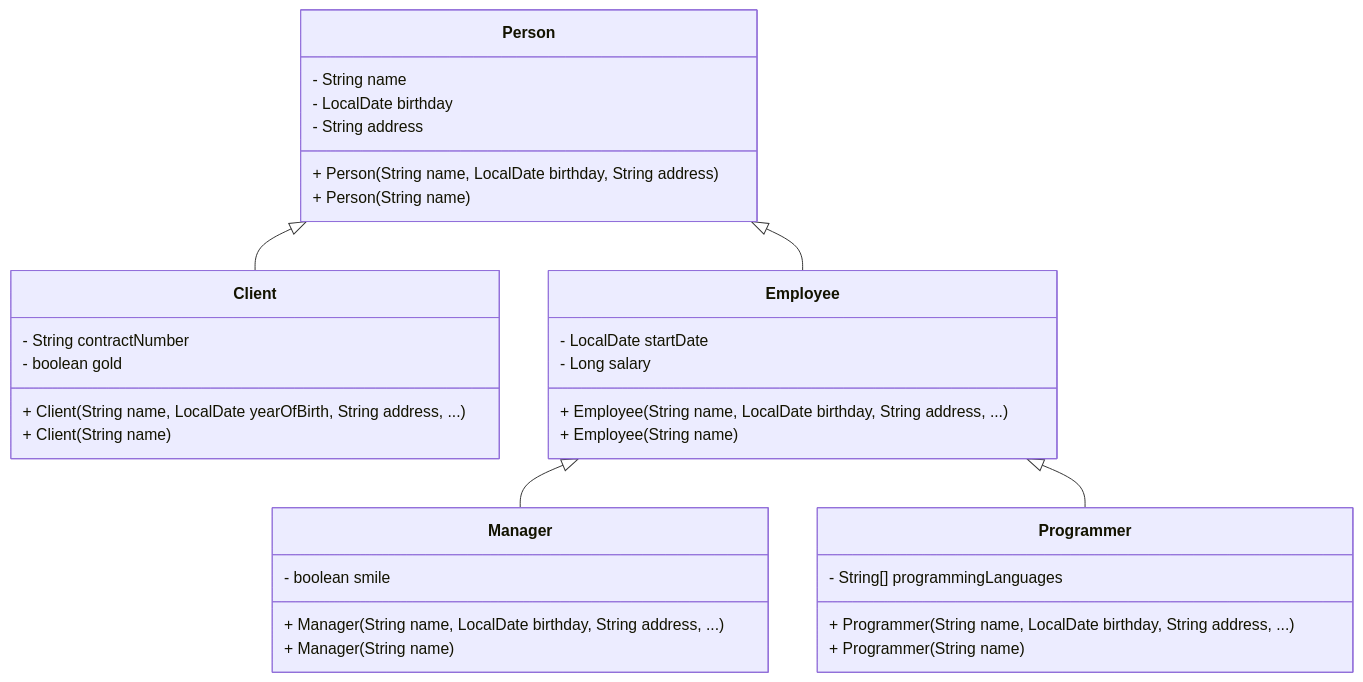
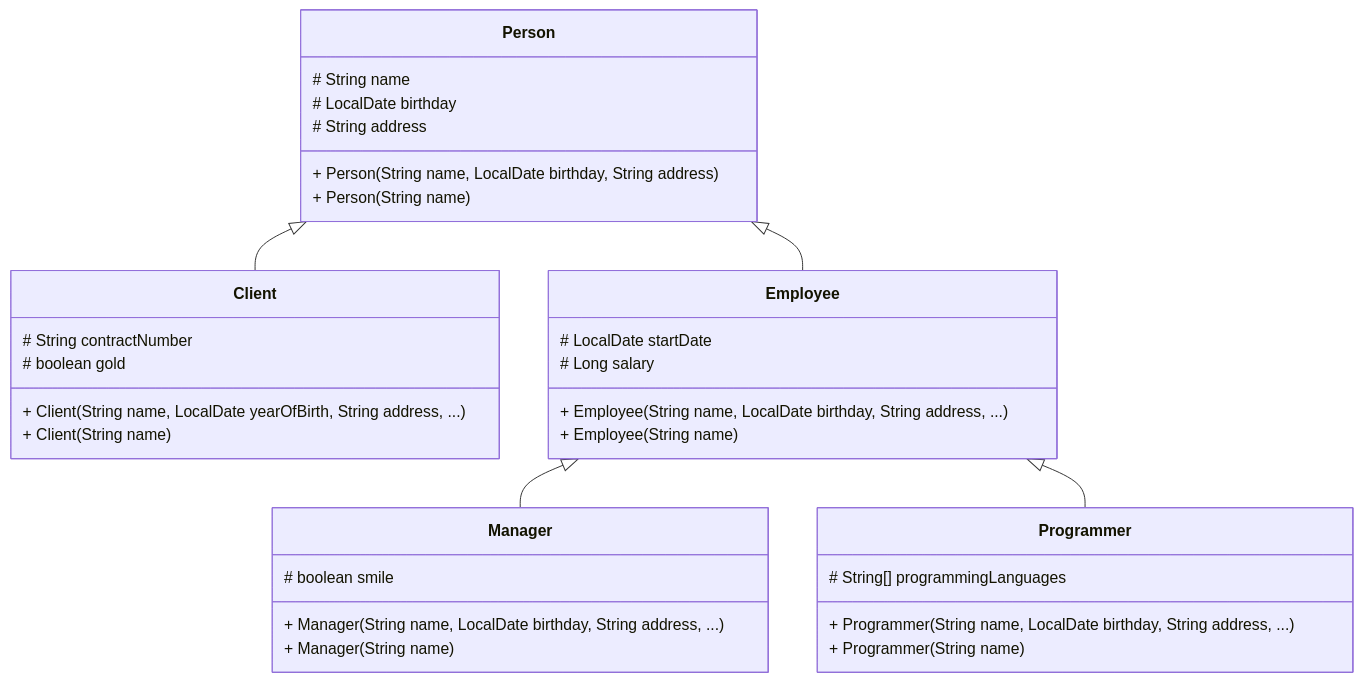
One commit to nbicocchi/learn-java-core changed the second of 2 diagrams in slides/E3.2 - Java Classes (Inheritance + Polymorphism).md. Above: the diagram before and after it, drawn with Mermaid. The commit also changed other lines of this file, not shown here.

````diff
--- a/slides/E3.2 - Java Classes (Inheritance + Polymorphism).md
+++ b/slides/E3.2 - Java Classes (Inheritance + Polymorphism).md
@@ -77,42 +86,41 @@
 ```mermaid
 classDiagram
   class Person {
-    - String name
-    - LocalDate birthday
-    - String address
+    # String name
+    # LocalDate birthday
+    # String address
     + Person(String name, LocalDate birthday, String address)
     + Person(String name)
   }
 
   class Client {
-    - String contractNumber
-    - boolean gold
+    # String contractNumber
+    # boolean gold
     + Client(String name, LocalDate yearOfBirth, String address, ... )
     + Client(String name)
   }
 
   class Employee {
-    - LocalDate startDate
-    - Long salary
+    # LocalDate startDate
+    # Long salary
     + Employee(String name, LocalDate birthday, String address, ... )
     + Employee(String name)
   }
 
   class Manager {
-    - boolean smile
+    # boolean smile
     + Manager(String name, LocalDate birthday, String address, ... )
     + Manager(String name)
   }
 
   class Programmer {
-    - String[] programmingLanguages
+    # String[] programmingLanguages
     + Programmer(String name, LocalDate birthday, String address, ...)
     + Programmer(String name)
   }
 
   Person <|-- Client
   Person <|-- Employee
   Employee <|-- Manager
   Employee <|-- Programmer
-
 ```
````
